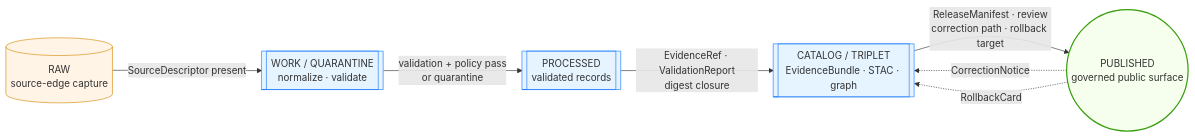
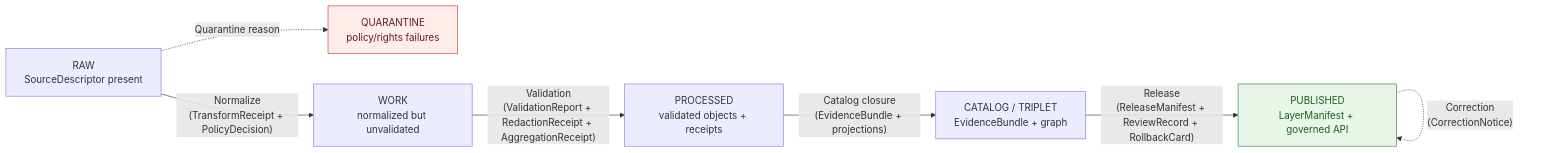
One commit to bartytime4life/Kansas-Frontier-Matrix changed the second of 2 diagrams in docs/domains/agriculture/RELEASE_INDEX.md. Above: the diagram before and after it, drawn with Mermaid. The commit also changed other lines of this file, not shown here.

````diff
--- a/docs/domains/agriculture/RELEASE_INDEX.md
+++ b/docs/domains/agriculture/RELEASE_INDEX.md
@@ -221,23 +550,21 @@
 ```mermaid
 flowchart LR
-    RAW[("RAW<br/>source-edge capture")]
-    WK[["WORK / QUARANTINE<br/>normalize · validate"]]
-    PR[["PROCESSED<br/>validated records"]]
-    CT[["CATALOG / TRIPLET<br/>EvidenceBundle · STAC · graph"]]
-    PUB(("PUBLISHED<br/>governed public surface"))
+  RAW["RAW<br/>SourceDescriptor present"]
+  QUAR["QUARANTINE<br/>policy/rights failures"]
+  WORK["WORK<br/>normalized but unvalidated"]
+  PROC["PROCESSED<br/>validated objects + receipts"]
+  CAT["CATALOG / TRIPLET<br/>EvidenceBundle + graph"]
+  PUB["PUBLISHED<br/>LayerManifest + governed API"]
 
-    RAW -->|"SourceDescriptor present"| WK
-    WK -->|"validation + policy pass<br/>or quarantine"| PR
-    PR -->|"EvidenceRef · ValidationReport<br/>digest closure"| CT
-    CT -->|"ReleaseManifest · review<br/>correction path · rollback target"| PUB
+  RAW -->|"Normalize<br/>(TransformReceipt + PolicyDecision)"| WORK
+  RAW -.->|"Quarantine reason"| QUAR
+  WORK -->|"Validation<br/>(ValidationReport + RedactionReceipt + AggregationReceipt)"| PROC
+  PROC -->|"Catalog closure<br/>(EvidenceBundle + projections)"| CAT
+  CAT -->|"Release<br/>(ReleaseManifest + ReviewRecord + RollbackCard)"| PUB
+  PUB -.->|"Correction<br/>(CorrectionNotice)"| PUB
 
-    PUB -.->|"CorrectionNotice"| CT
-    PUB -.->|"RollbackCard"| CT
-
-    classDef raw fill:#fff4e6,stroke:#d48806,stroke-width:1px;
-    classDef gov fill:#e6f4ff,stroke:#1677ff,stroke-width:1px;
-    classDef pub fill:#f6ffed,stroke:#389e0d,stroke-width:2px;
-    class RAW raw
-    class WK,PR,CT gov
-    class PUB pub
+  classDef quar fill:#fdecea,stroke:#c0392b,color:#641e16;
+  classDef pub fill:#e8f5e9,stroke:#2e7d32,color:#1b5e20;
+  class QUAR quar;
+  class PUB pub;
 ```
````
